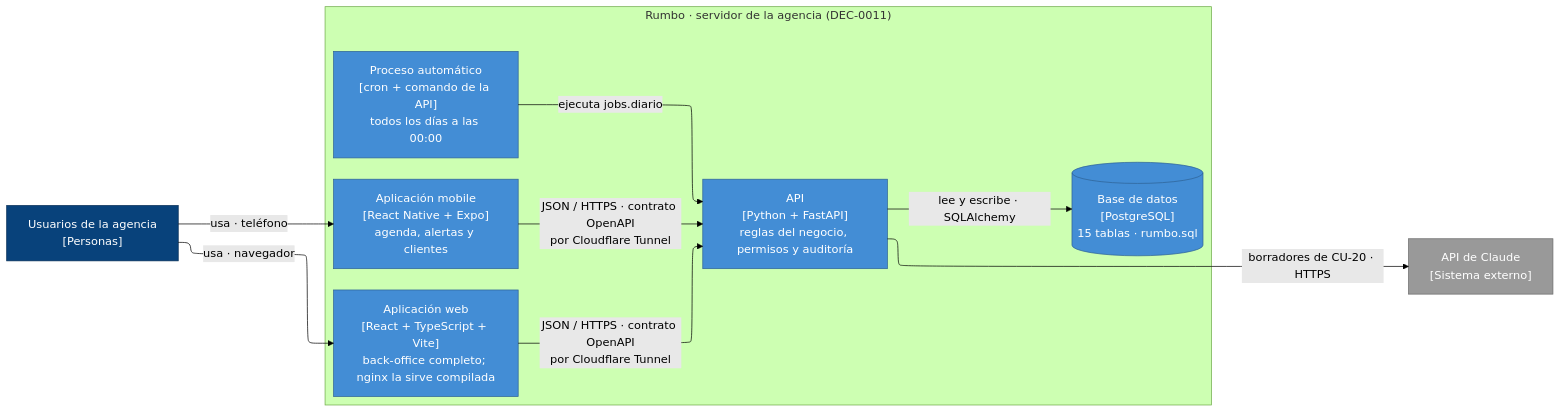
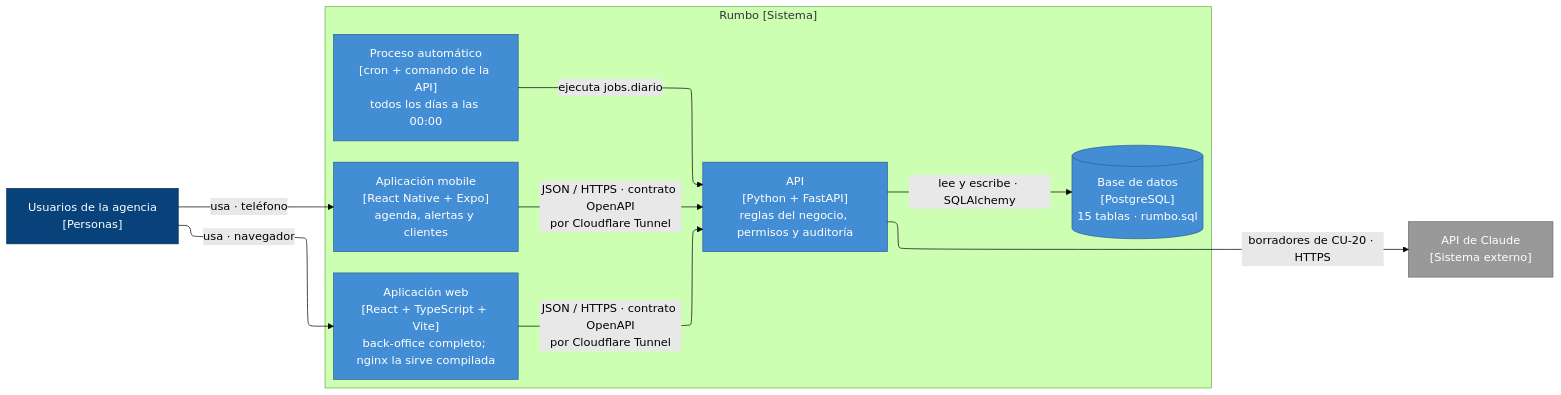
Before and after one commit to FranLuciano04/Vault-Rumbo: the sixth of 7 diagrams in 05-Diseño/Arquitectura/ARQ — Vista general.md, drawn with Mermaid (forest theme). The commit also changed other lines of this file and 5 other files, not shown here.

````diff
--- a/05-Diseño/Arquitectura/ARQ — Vista general.md
+++ b/05-Diseño/Arquitectura/ARQ — Vista general.md
@@ -309,30 +310,30 @@
 ```mermaid
 %%{init: {"flowchart": {"defaultRenderer": "elk"}} }%%
 flowchart LR
     Agencia["Usuarios de la agencia<br/>[Personas]"]
 
-    subgraph Rumbo["Rumbo · servidor de la agencia (DEC-0011)"]
+    subgraph Rumbo["Rumbo [Sistema]"]
       Web["Aplicación web<br/>[React + TypeScript + Vite]<br/>back-office completo; nginx la sirve compilada"]
       Mobile["Aplicación mobile<br/>[React Native + Expo]<br/>agenda, alertas y clientes"]
       API["API<br/>[Python + FastAPI]<br/>reglas del negocio, permisos y auditoría"]
       Sched["Proceso automático<br/>[cron + comando de la API]<br/>todos los días a las 00:00"]
       DB[("Base de datos<br/>[PostgreSQL]<br/>15 tablas · rumbo.sql")]
     end
 
     Claude["API de Claude<br/>[Sistema externo]"]
 
     Agencia -->|"usa · navegador"| Web
     Agencia -->|"usa · teléfono"| Mobile
     Web -->|"JSON / HTTPS · contrato OpenAPI<br/>por Cloudflare Tunnel"| API
     Mobile -->|"JSON / HTTPS · contrato OpenAPI<br/>por Cloudflare Tunnel"| API
     Sched -->|"ejecuta jobs.diario"| API
     API -->|"lee y escribe · SQLAlchemy"| DB
     API -->|"borradores de CU-20 · HTTPS"| Claude
 
     classDef persona fill:#08427b,stroke:#052e56,color:#ffffff
     classDef contenedor fill:#438dd5,stroke:#2e6295,color:#ffffff
     classDef externo fill:#999999,stroke:#6b6b6b,color:#ffffff
     class Agencia persona
     class Web,Mobile,API,Sched,DB contenedor
     class Claude externo
 ```
````
